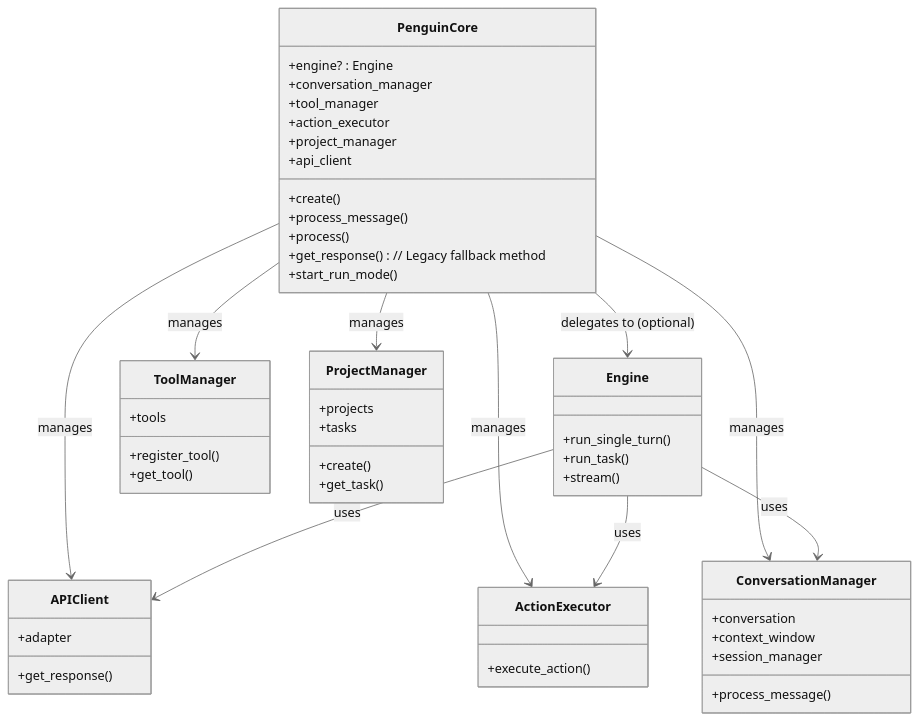
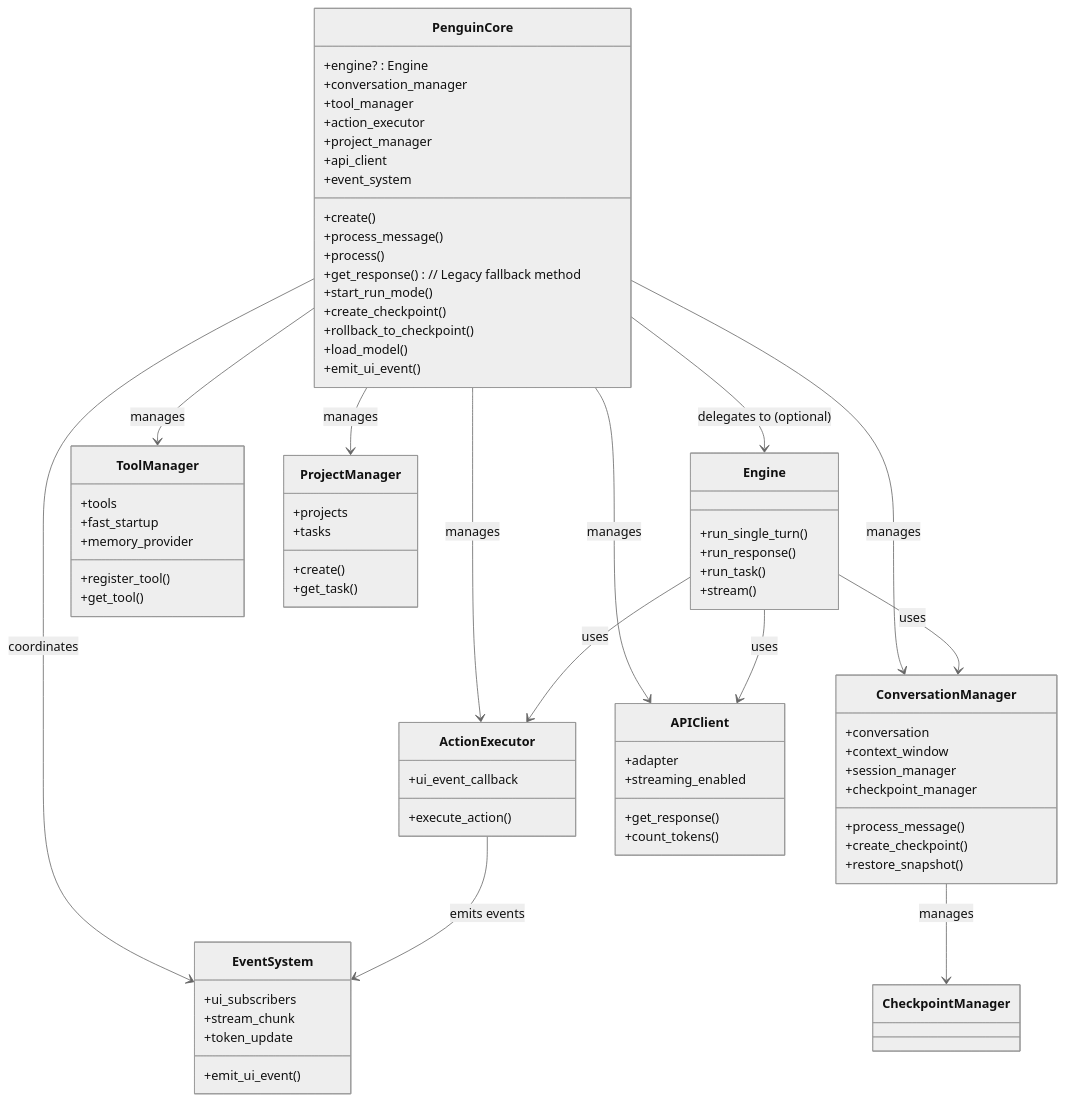
Before and after one commit to Maximooch/penguin: the first of 3 diagrams in docs/docs/api_reference/core.md, drawn with Mermaid (neutral theme). The commit also changed other lines of this file and 6 other files, not shown here.

````diff
--- a/docs/docs/api_reference/core.md
+++ b/docs/docs/api_reference/core.md
@@ -23,15 +34,21 @@
         +action_executor
         +project_manager
         +api_client
+        +event_system
         +create()
         +process_message()
         +process()
         +get_response() // Legacy fallback method
         +start_run_mode()
+        +create_checkpoint()
+        +rollback_to_checkpoint()
+        +load_model()
+        +emit_ui_event()
     }
 
     class Engine {
       +run_single_turn()
+      +run_response()
       +run_task()
       +stream()
     }
@@ -40,17 +57,23 @@
         +conversation
         +context_window
         +session_manager
+        +checkpoint_manager
         +process_message()
+        +create_checkpoint()
+        +restore_snapshot()
     }
 
     class ToolManager {
         +tools
         +register_tool()
         +get_tool()
+        +fast_startup
+        +memory_provider
     }
 
     class ActionExecutor {
         +execute_action()
+        +ui_event_callback
     }
 
     class ProjectManager {
@@ -63,6 +86,15 @@
     class APIClient {
         +adapter
         +get_response()
+        +count_tokens()
+        +streaming_enabled
+    }
+
+    class EventSystem {
+        +ui_subscribers
+        +emit_ui_event()
+        +stream_chunk
+        +token_update
     }
 
     PenguinCore --> Engine : delegates to (optional)
@@ -71,7 +103,10 @@
     PenguinCore --> ActionExecutor : manages
     PenguinCore --> ProjectManager : manages
     PenguinCore --> APIClient : manages
+    PenguinCore --> EventSystem : coordinates
     Engine --> APIClient : uses
     Engine --> ActionExecutor : uses
     Engine --> ConversationManager : uses
+    ConversationManager --> CheckpointManager : manages
+    ActionExecutor --> EventSystem : emits events
 ```
````
